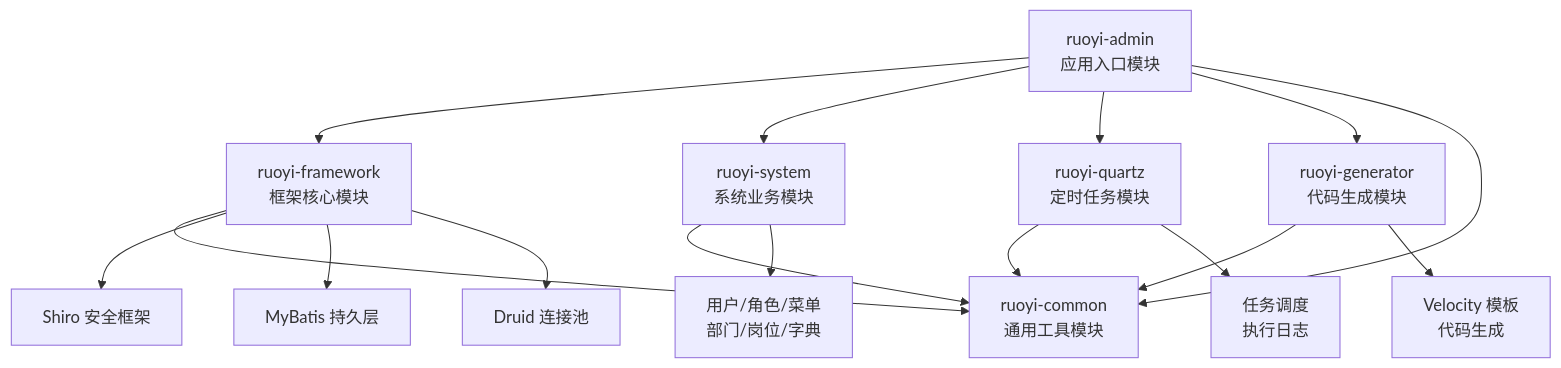
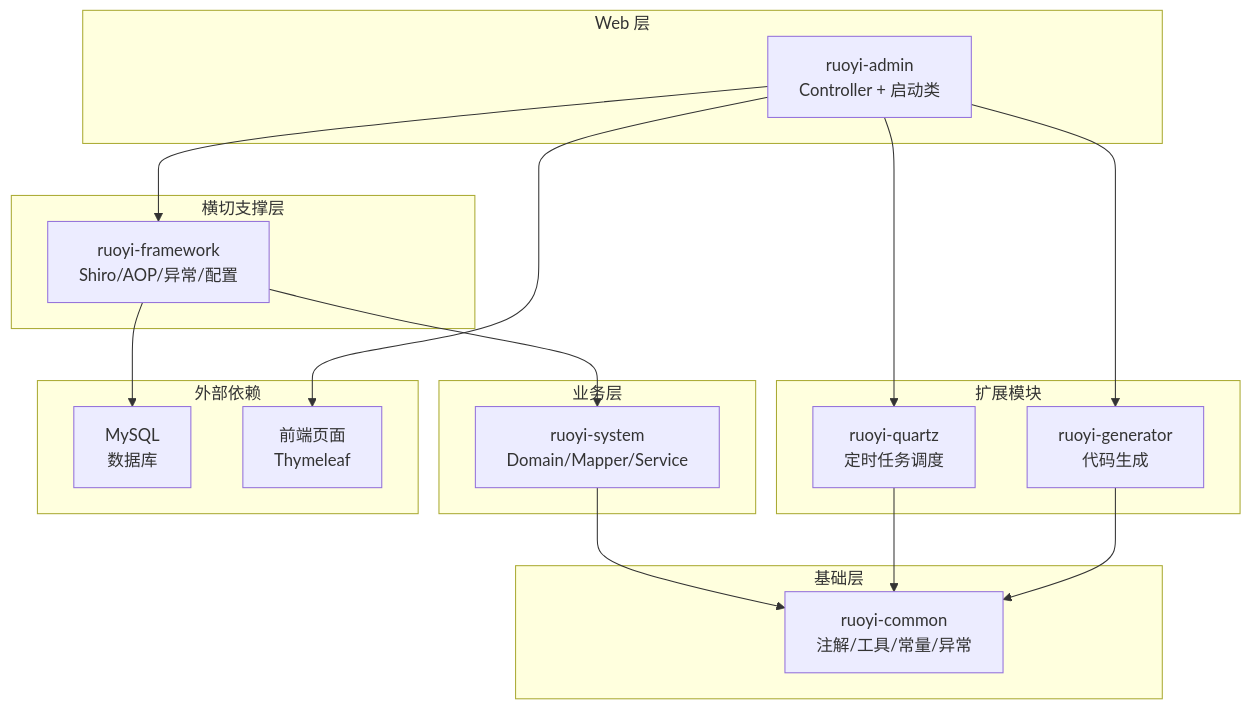
One commit to ChenLiyan-GT/RuoYi-Vue changed the diagram in ruoyi-admin/.gientech/wiki/架构总览.md. Above: the diagram before and after it, drawn with Mermaid. The commit also changed other lines of this file and 82 other files, not shown here.

````diff
--- a/ruoyi-admin/.gientech/wiki/架构总览.md
+++ b/ruoyi-admin/.gientech/wiki/架构总览.md
@@ -17,19 +17,39 @@
 ```mermaid
 
 flowchart TD
-A["ruoyi-admin<br/>应用入口模块"] --> B["ruoyi-framework<br/>框架核心模块"]
-A --> C["ruoyi-system<br/>系统业务模块"]
-A --> D["ruoyi-quartz<br/>定时任务模块"]
-A --> E["ruoyi-generator<br/>代码生成模块"]
-A --> F["ruoyi-common<br/>通用工具模块"]
-B --> F
+subgraph Web 层
+A["ruoyi-admin<br/>Controller + 启动类"]
+end
+
+subgraph 横切支撑层
+B["ruoyi-framework<br/>Shiro/AOP/异常/配置"]
+end
+
+subgraph 业务层
+C["ruoyi-system<br/>Domain/Mapper/Service"]
+end
+
+subgraph 扩展模块
+D["ruoyi-quartz<br/>定时任务调度"]
+E["ruoyi-generator<br/>代码生成"]
+end
+
+subgraph 基础层
+F["ruoyi-common<br/>注解/工具/常量/异常"]
+end
+
+subgraph 外部依赖
+G["MySQL<br/>数据库"]
+H["前端页面<br/>Thymeleaf"]
+end
+
+A --> B
+A --> D
+A --> E
+B --> C
 C --> F
 D --> F
 E --> F
-B --> G["Shiro 安全框架"]
-B --> H["MyBatis 持久层"]
-B --> I["Druid 连接池"]
-C --> J["用户/角色/菜单<br/>部门/岗位/字典"]
-D --> K["任务调度<br/>执行日志"]
-E --> L["Velocity 模板<br/>代码生成"]
+B --> G
+A --> H
 ```
````
